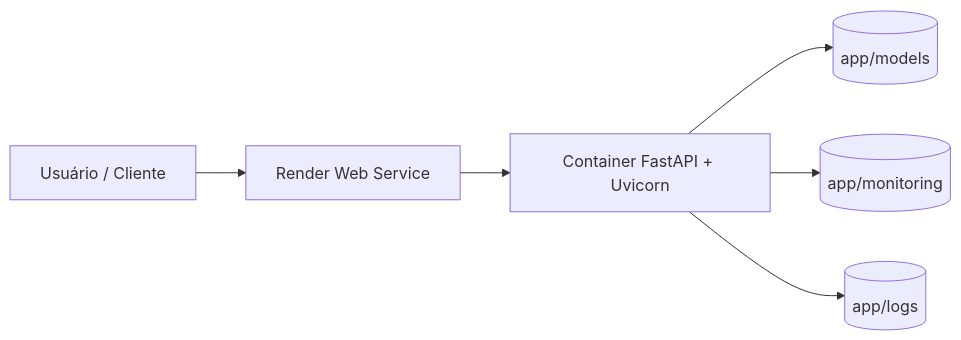
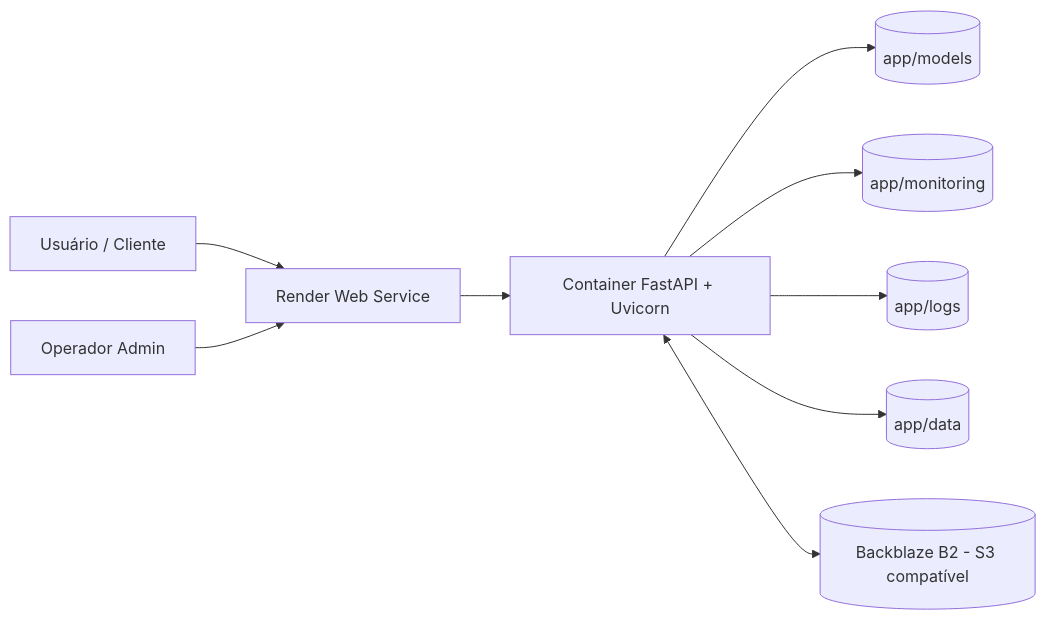
Before and after one commit to PauloGuedes2/passos-magicos-datathon: the third of 7 diagrams in README.md, drawn with Mermaid. The commit also changed other lines of this file and 1 other file, not shown here.

````diff
--- a/README.md
+++ b/README.md
@@ -298,8 +316,11 @@
 ```mermaid
 flowchart LR
     U[Usuário / Cliente] --> R[Render Web Service]
+    A[Operador Admin] --> R
     R --> C[Container FastAPI + Uvicorn]
     C --> M[(app/models)]
     C --> O[(app/monitoring)]
     C --> L[(app/logs)]
+    C --> D[(app/data)]
+    C <--> B2[(Backblaze B2 - S3 compatível)]
 ```
````
